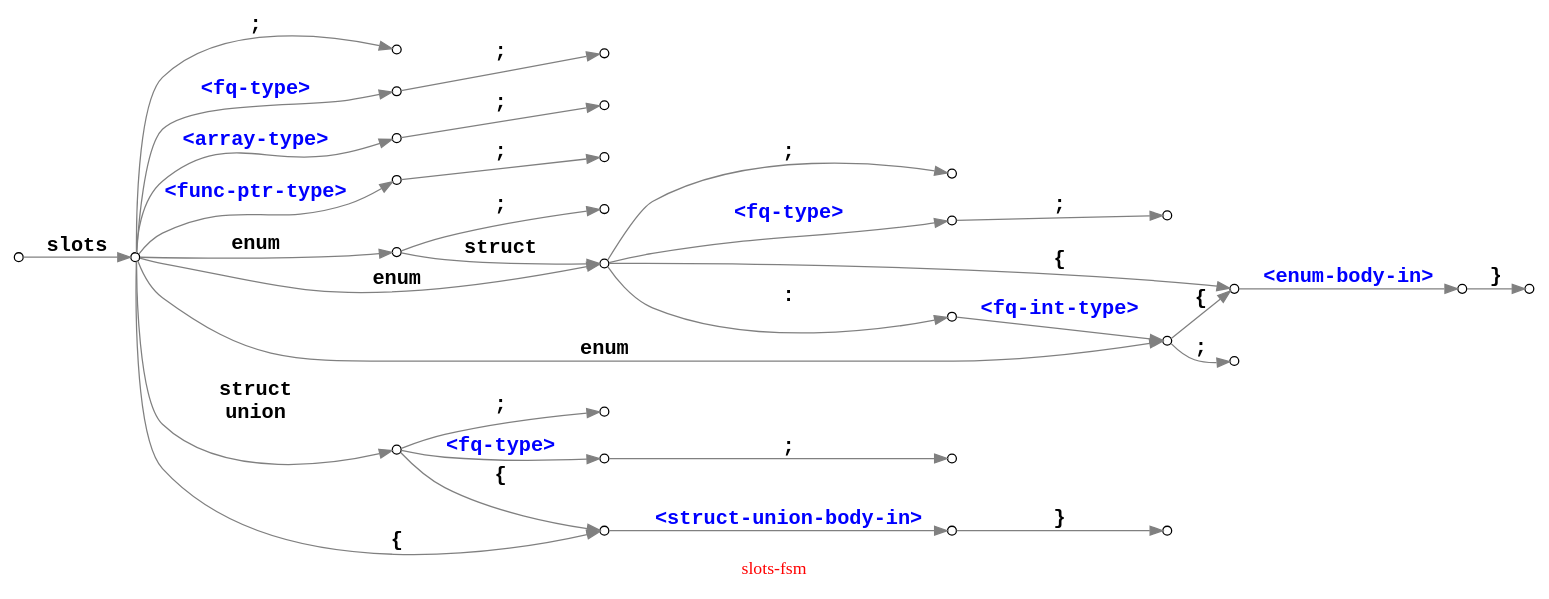
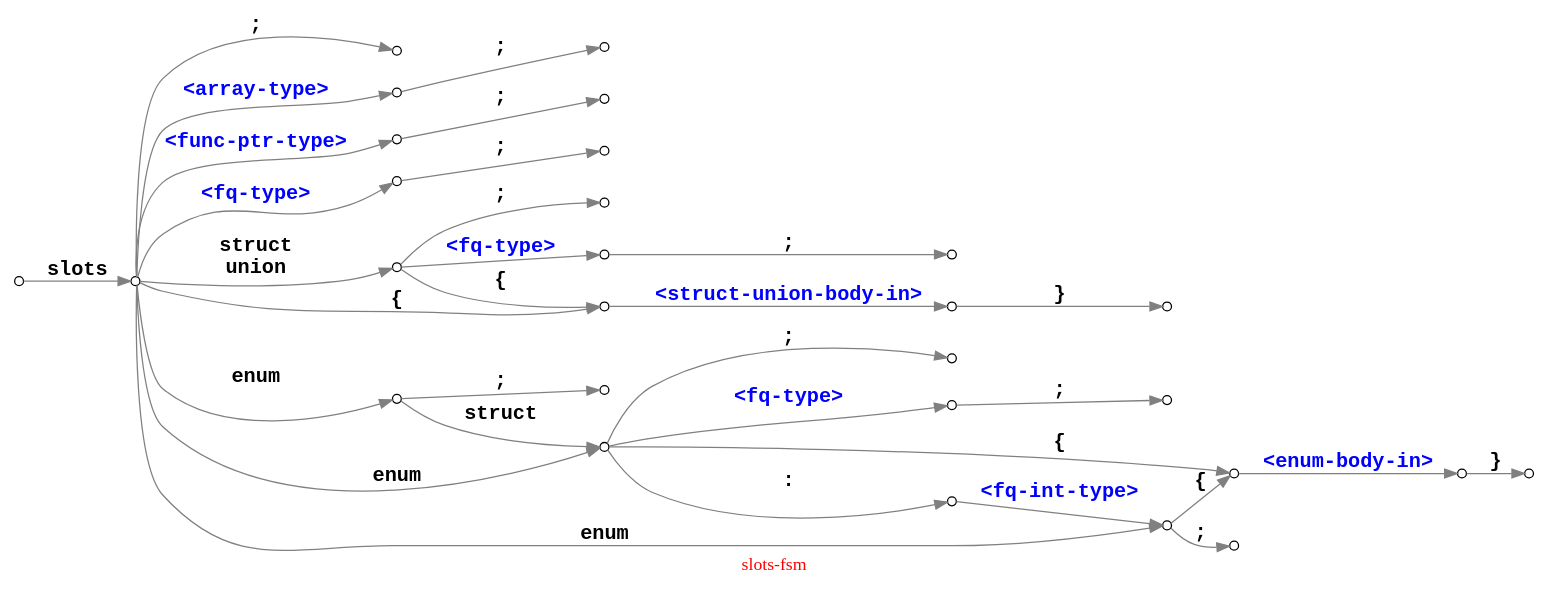
Before and after one commit to Ayyzee/dakota: the diagram in slots-fsm.dot, drawn with Graphviz.

Commit message:
Updated comments and re-ordered slightly.

```diff
--- a/slots-fsm.dot
+++ b/slots-fsm.dot
@@ -1,72 +1,72 @@
 // -*- mode: c++ -*-
 
-// slots                  ;
-// slots               <> ;
-// slots                  { ... }
+// slots                  ;        =>  struct      slots-t                          ;
+// slots               <> ;        =>  typealias   slots-t =             <>         ;
+// slots                  { ... }  =>  struct      slots-t                          { ... }
 
-// slots struct           ;
-// slots struct        <> ;
-// slots struct           { ... }
+// slots struct           ;        =>  struct      slots-t                          ;
+// slots struct        <> ;        =>  typealias   slots-t = struct      <>         ;
+// slots struct           { ... }  =>  struct      slots-t                          { ... }
 
-// slots union            ;
-// slots union         <> ;
-// slots union            { ... }
+// slots union            ;        =>  union       slots-t                          ;
+// slots union         <> ;        =>  typealias   slots-t = union       <>         ;
+// slots union            { ... }  =>  union       slots-t                          { ... }
 
-// slots enum             ;
-// slots enum          <> ;
-// slots enum             { ... }
+// slots enum             ;        =>  enum        slots-t                  : int-t ;
+// slots enum          <> ;        =>  typealias   slots-t = enum        <> : int-t ;
+// slots enum             { ... }  =>  enum        slots-t                  : int-t { ... }
 //
-// slots enum        : <> ;
-// slots enum        : <> { ... }
+// slots enum        : <> ;        =>  enum        slots-t                  : <>    ;
+// slots enum        : <> { ... }  =>  enum        slots-t                  : <>    { ... }
 
-// slots enum struct      ;
-// slots enum struct   <> ;
-// slots enum struct      { ... }
+// slots enum struct      ;        =>  enum struct slots-t                  : int-t ;
+// slots enum struct   <> ;        =>  typealias   slots-t = enum struct <> : int-t ;
+// slots enum struct      { ... }  =>  enum struct slots-t                  : int-t { ... }
 //
-// slots enum struct : <> ;
-// slots enum struct : <> { ... }
+// slots enum struct : <> ;        =>  enum struct slots-t                  : <>    ;
+// slots enum struct : <> { ... }  =>  enum struct slots-t                  : <>    { ... }
 
-// slots <array-type>     ;
-// slots <func-ptr-type>  ;
+// slots <array-type>     ;        =>  typealias   slots-t = <array-type>           ;
+// slots <func-ptr-type>  ;        =>  typealias   slots-t = <func-ptr-type>        ;
 
 digraph "slots-fsm" {
   graph [ rankdir = LR, label = "\G", fontcolor = red ];
   edge [ fontsize = 16, fontname = "courier-bold", color = grey ];
   node [ shape = circle, fontsize = 12, width = 0.3, fixedsize = true ];
   node [ label = "", width = 0.1 ];
 
   000 -> 010 [ label = "slots" ];
 
   010 -> 015 [ label = ";" ];
-  010 -> 140 [ label = "<fq-type>", fontcolor = blue ];
   010 -> 141 [ label = "<array-type>", fontcolor = blue ];
   010 -> 142 [ label = "<func-ptr-type>", fontcolor = blue ];
+  010 -> 140 [ label = "<fq-type>", fontcolor = blue ];
   140 -> 145 [ label = ";" ];
   141 -> 146 [ label = ";" ];
   142 -> 147 [ label = ";" ];
+
+  010 -> 100 [ label = "struct\nunion" ];
+  010 -> 110 [ label = "{" ];
+  100 -> 110 [ label = "{" ];
+  100 -> 105 [ label = ";" ];
+  100 -> 150 [ label = "<fq-type>", fontcolor = blue ];
+  150 -> 160 [ label = ";" ];
+  110 -> 120 [ label = "<struct-union-body-in>", fontcolor = blue ];
+  120 -> 130 [ label = "}" ];
 
   010 -> 020 [ label = "enum" ];
   010 -> 030 [ label = "enum" ];
   010 -> 050 [ label = "enum" ];
   020 -> 030 [ label = "struct" ];
   020 -> 025 [ label = ";" ];
   030 -> 040 [ label = ":" ];
   030 -> 035 [ label = ";" ];
   030 -> 170 [ label = "<fq-type>", fontcolor = blue ];
   170 -> 180 [ label = ";" ];
   030 -> 060 [ label = "{" ];
   040 -> 050 [ label = "<fq-int-type>", fontcolor = blue ];
   050 -> 060 [ label = "{" ];
   050 -> 055 [ label = ";" ];
   060 -> 070 [ label = "<enum-body-in>", fontcolor = blue ];
   070 -> 080 [ label = "}" ];
-
-  010 -> 100 [ label = "struct\nunion" ];
-  010 -> 110 [ label = "{" ];
-  100 -> 110 [ label = "{" ];
-  100 -> 105 [ label = ";" ];
-  100 -> 150 [ label = "<fq-type>", fontcolor = blue ];
-  150 -> 160 [ label = ";" ];
-  110 -> 120 [ label = "<struct-union-body-in>", fontcolor = blue ];
-  120 -> 130 [ label = "}" ];
 }
```
